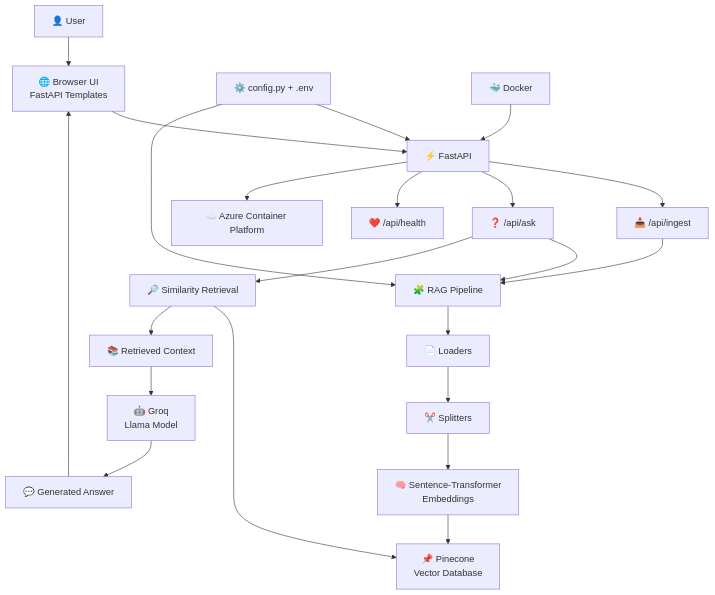
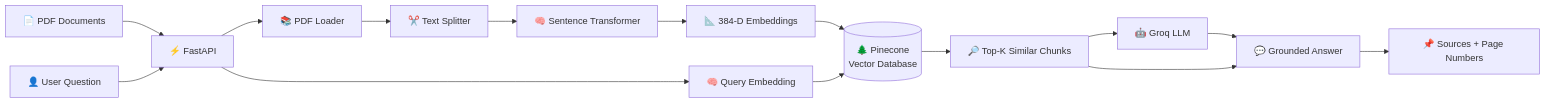
The first of 3 diagrams in README.md (Bhababhanjan1/LLM_RAG_PROJECT-Docuflux-AI), drawn with Mermaid before and after one commit. The commit also changed other lines of this file, not shown here.

````diff
--- a/README.md
+++ b/README.md
@@ -108,31 +120,26 @@
-``` mermaid
-flowchart TB
-    U["👤 User"] --> UI["🌐 Browser UI<br/>FastAPI Templates"]
+```mermaid
+flowchart LR
 
-    UI --> API["⚡ FastAPI"]
+    A["📄 PDF Documents"] --> B["⚡ FastAPI"]
 
-    API --> INGEST["📥 /api/ingest"]
-    API --> ASK["❓ /api/ask"]
-    API --> HEALTH["❤️ /api/health"]
+    B --> C["📚 PDF Loader"]
+    C --> D["✂️ Text Splitter"]
 
-    INGEST --> PIPE["🧩 RAG Pipeline"]
-    ASK --> PIPE
+    D --> E["🧠 Sentence Transformer"]
+    E --> F["📐 384-D Embeddings"]
 
-    PIPE --> LOAD["📄 Loaders"]
-    LOAD --> SPLIT["✂️ Splitters"]
-    SPLIT --> EMB["🧠 Sentence-Transformer<br/>Embeddings"]
-    EMB --> PC["📌 Pinecone<br/>Vector Database"]
+    F --> G[("🌲 Pinecone\nVector Database")]
 
-    ASK --> RET["🔎 Similarity Retrieval"]
-    RET --> PC
-    RET --> CTX["📚 Retrieved Context"]
-    CTX --> GROQ["🤖 Groq<br/>Llama Model"]
-    GROQ --> ANSWER["💬 Generated Answer"]
-    ANSWER --> UI
+    Q["👤 User Question"] --> B
+    B --> H["🧠 Query Embedding"]
+    H --> G
 
-    CONFIG["⚙️ config.py + .env"] --> API
-    CONFIG --> PIPE
+    G --> I["🔎 Top-K Similar Chunks"]
 
-    DOCKER["🐳 Docker"] --> API
-    API --> AZ["☁️ Azure Container Platform"]
+    I --> J["🤖 Groq LLM"]
+
+    J --> K["💬 Grounded Answer"]
+    I --> K
+
+    K --> L["📌 Sources + Page Numbers"]
 ```
````
